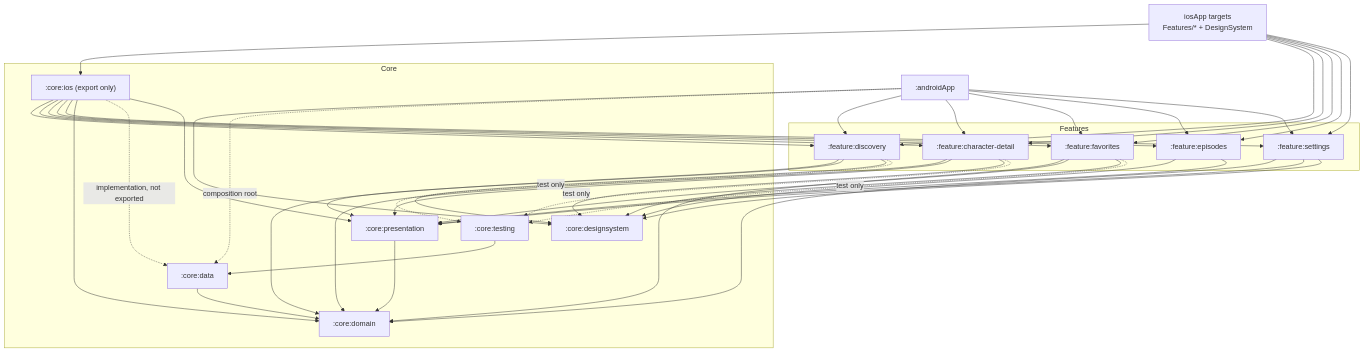
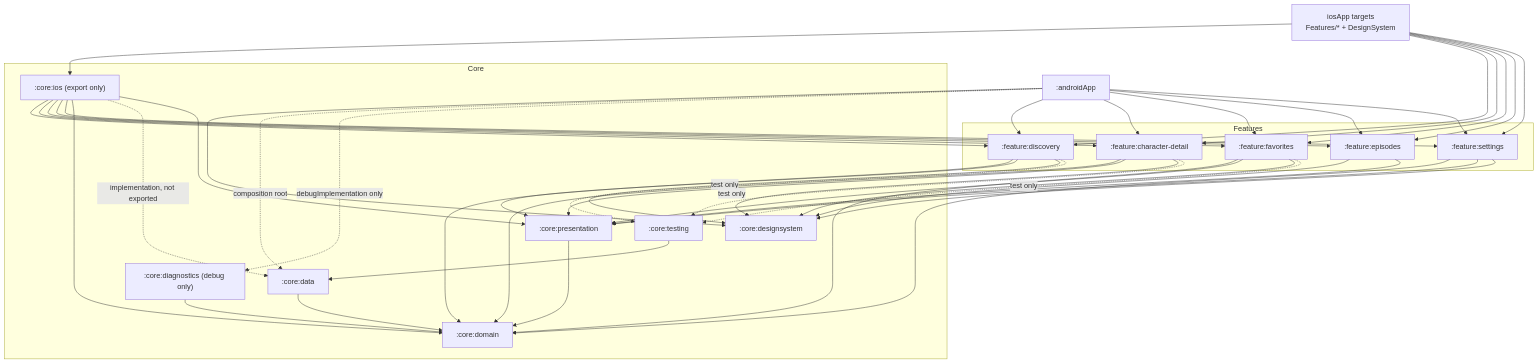
The third of 4 diagrams in docs/DESIGN.md (davidru85/RickAndMorty), drawn with Mermaid before and after one commit. The commit also changed other lines of this file and 13 other files, not shown here.

````diff
--- a/docs/DESIGN.md
+++ b/docs/DESIGN.md
@@ -106,61 +106,64 @@
 ```mermaid
 flowchart TB
     subgraph Core
         CIOS[":core:ios (export only)"]
         CD[":core:domain"]
         CDA[":core:data"]
         CP[":core:presentation"]
         CDS[":core:designsystem"]
         CT[":core:testing"]
+        CDG[":core:diagnostics (debug only)"]
     end
     subgraph Features
         FD[":feature:discovery"]
         FC[":feature:character-detail"]
         FF[":feature:favorites"]
         FE[":feature:episodes"]
         FS[":feature:settings"]
     end
     APP[":androidApp"]
     IOS["iosApp targets<br/>Features/* + DesignSystem"]
     CDA --> CD
     CP --> CD
     FD --> CD
     FD --> CP
     FD --> CDS
     FC --> CD
     FC --> CP
     FC --> CDS
     FF --> CD
     FF --> CP
     FF --> CDS
     FE --> CDS
     FE --> CP
     FS --> CD
     FS --> CP
     FS --> CDS
     APP --> FD
     APP --> FC
     APP --> FF
     APP --> FE
     APP --> FS
     APP --> CDS
     APP -. composition root .-> CDA
+    APP -. debugImplementation only .-> CDG
+    CDG --> CD
     CIOS --> FD
     CIOS --> FC
     CIOS --> FF
     CIOS --> FE
     CIOS --> FS
     CIOS --> CD
     CIOS -. implementation, not exported .-> CDA
     CIOS --> CP
     IOS --> CIOS
     IOS --> FD
     IOS --> FC
     IOS --> FF
     IOS --> FE
     IOS --> FS
     CT --> CDA
     FD -. test only .-> CT
     FC -. test only .-> CT
     FF -. test only .-> CT
 ```
````
